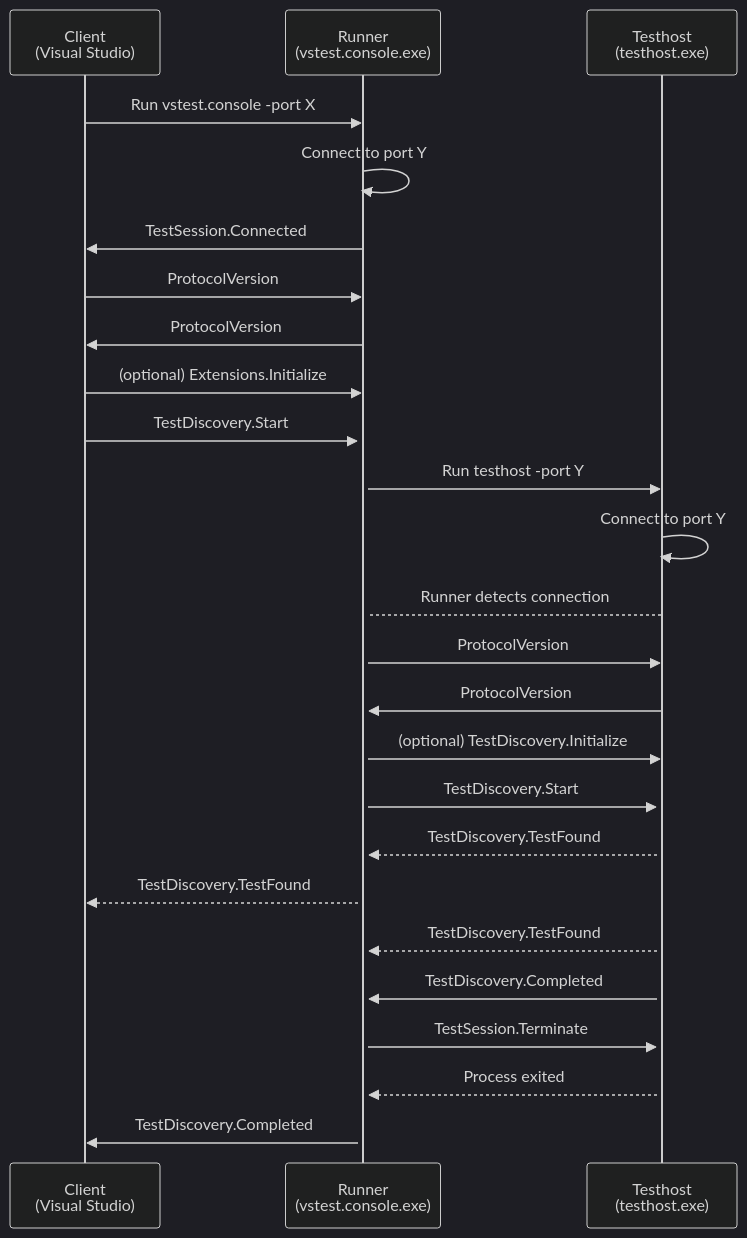
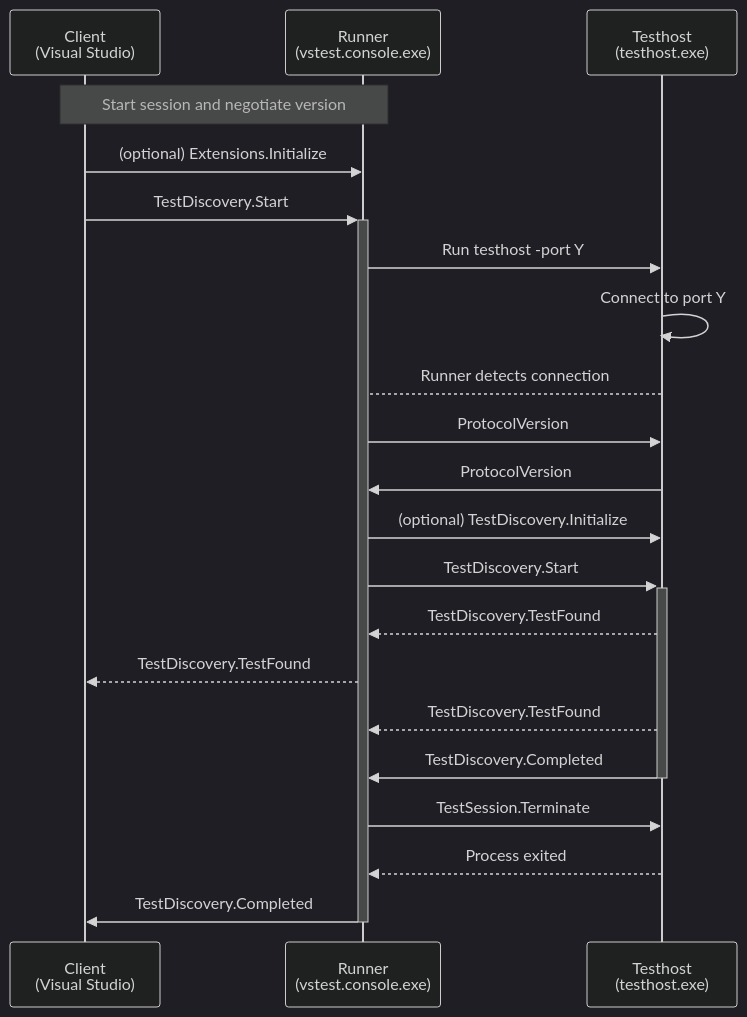
The fifth of 5 diagrams in docs/Overview.md (microsoft/vstest), drawn with Mermaid (dark theme) before and after one commit. The commit also changed other lines of this file, not shown here.

Commit message:
Up till discovery start

````diff
--- a/docs/Overview.md
+++ b/docs/Overview.md
@@ -292,28 +358,24 @@
 ```mermaid
 %% https://github.com/microsoft/vstest-docs/blob/main/RFCs/0001-Test-Platform-Architecture.md#discovery
 sequenceDiagram
 participant c as Client<br>(Visual Studio)
 participant r as Runner<br>(vstest.console.exe)
 participant t as Testhost<br>(testhost.exe)
-c->>r:   Run vstest.console -port X
-r->>r:   Connect to port Y
-r->>c:   TestSession.Connected
-c->>r:   ProtocolVersion
-r->>c:   ProtocolVersion
+Note over c,r: Start session and negotiate version
 c->>r:   (optional) Extensions.Initialize
 c->>+r:  TestDiscovery.Start
 r->>t:   Run testhost -port Y
 t->>t:   Connect to port Y
 t-->r:   Runner detects connection
 r->>t:   ProtocolVersion
 t->>r:   ProtocolVersion
 r->>t:   (optional) TestDiscovery.Initialize
 r->>+t:  TestDiscovery.Start
 t-->>r:  TestDiscovery.TestFound
 r-->>c:  TestDiscovery.TestFound
 t-->>r:  TestDiscovery.TestFound
-t->>r:   TestDiscovery.Completed
+t->>-r:   TestDiscovery.Completed
 r->>t:   TestSession.Terminate
 t-->>r:  Process exited
-r->>c:   TestDiscovery.Completed
+r->>-c:   TestDiscovery.Completed
 ```
````
